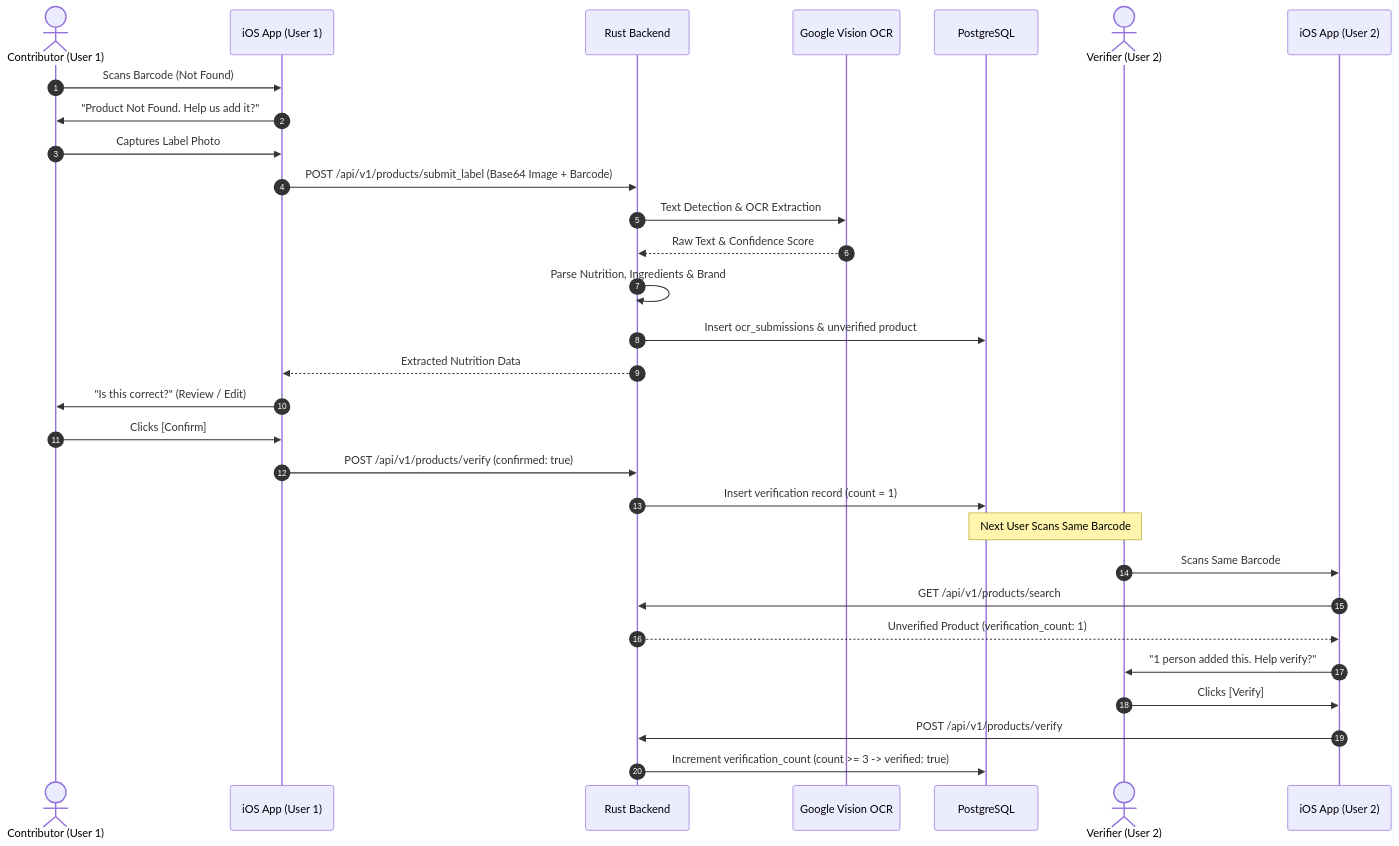
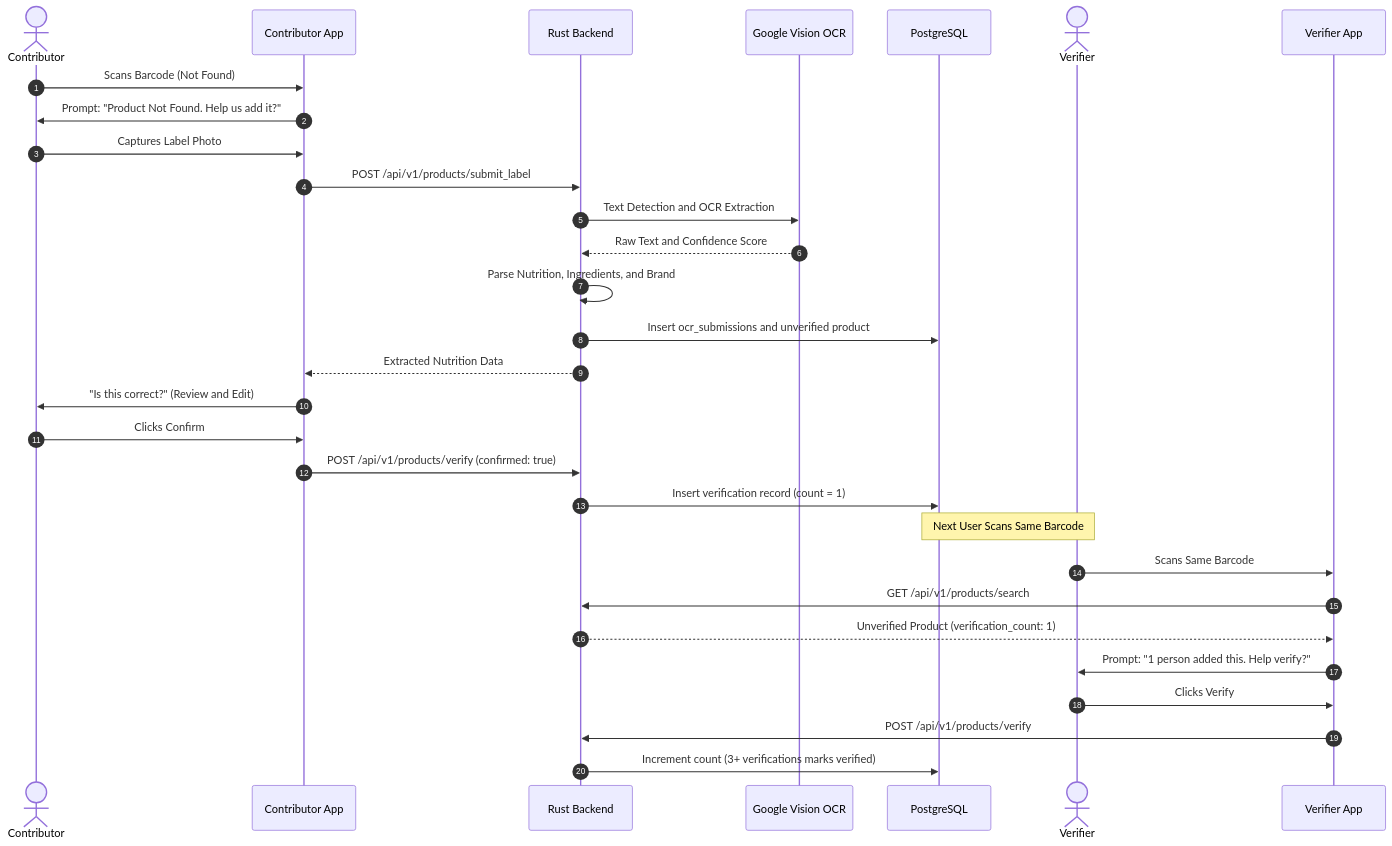
The second of 2 diagrams in README.md (TarunVishwakarma1/true-lable), drawn with Mermaid before and after one commit. The commit also changed other lines of this file, not shown here.

Commit message:
fix: readme mermaid

````diff
--- a/README.md
+++ b/README.md
@@ -249,34 +265,34 @@
 ```mermaid
 sequenceDiagram
     autonumber
-    actor User1 as Contributor (User 1)
-    participant iOS1 as iOS App (User 1)
+    actor User1 as Contributor
+    participant iOS1 as Contributor App
     participant API as Rust Backend
     participant Vision as Google Vision OCR
     participant DB as PostgreSQL
-    actor User2 as Verifier (User 2)
-    participant iOS2 as iOS App (User 2)
+    actor User2 as Verifier
+    participant iOS2 as Verifier App
 
     User1->>iOS1: Scans Barcode (Not Found)
-    iOS1->>User1: "Product Not Found. Help us add it?"
+    iOS1->>User1: Prompt: "Product Not Found. Help us add it?"
     User1->>iOS1: Captures Label Photo
-    iOS1->>API: POST /api/v1/products/submit_label (Base64 Image + Barcode)
-    API->>Vision: Text Detection & OCR Extraction
-    Vision-->>API: Raw Text & Confidence Score
-    API->>API: Parse Nutrition, Ingredients & Brand
-    API->>DB: Insert ocr_submissions & unverified product
+    iOS1->>API: POST /api/v1/products/submit_label
+    API->>Vision: Text Detection and OCR Extraction
+    Vision-->>API: Raw Text and Confidence Score
+    API->>API: Parse Nutrition, Ingredients, and Brand
+    API->>DB: Insert ocr_submissions and unverified product
     API-->>iOS1: Extracted Nutrition Data
-    iOS1->>User1: "Is this correct?" (Review / Edit)
-    User1->>iOS1: Clicks [Confirm]
+    iOS1->>User1: "Is this correct?" (Review and Edit)
+    User1->>iOS1: Clicks Confirm
     iOS1->>API: POST /api/v1/products/verify (confirmed: true)
     API->>DB: Insert verification record (count = 1)
     
     Note over User2, DB: Next User Scans Same Barcode
     User2->>iOS2: Scans Same Barcode
     iOS2->>API: GET /api/v1/products/search
     API-->>iOS2: Unverified Product (verification_count: 1)
-    iOS2->>User2: "1 person added this. Help verify?"
-    User2->>iOS2: Clicks [Verify]
+    iOS2->>User2: Prompt: "1 person added this. Help verify?"
+    User2->>iOS2: Clicks Verify
     iOS2->>API: POST /api/v1/products/verify
-    API->>DB: Increment verification_count (count >= 3 -> verified: true)
+    API->>DB: Increment count (3+ verifications marks verified)
 ```
````
